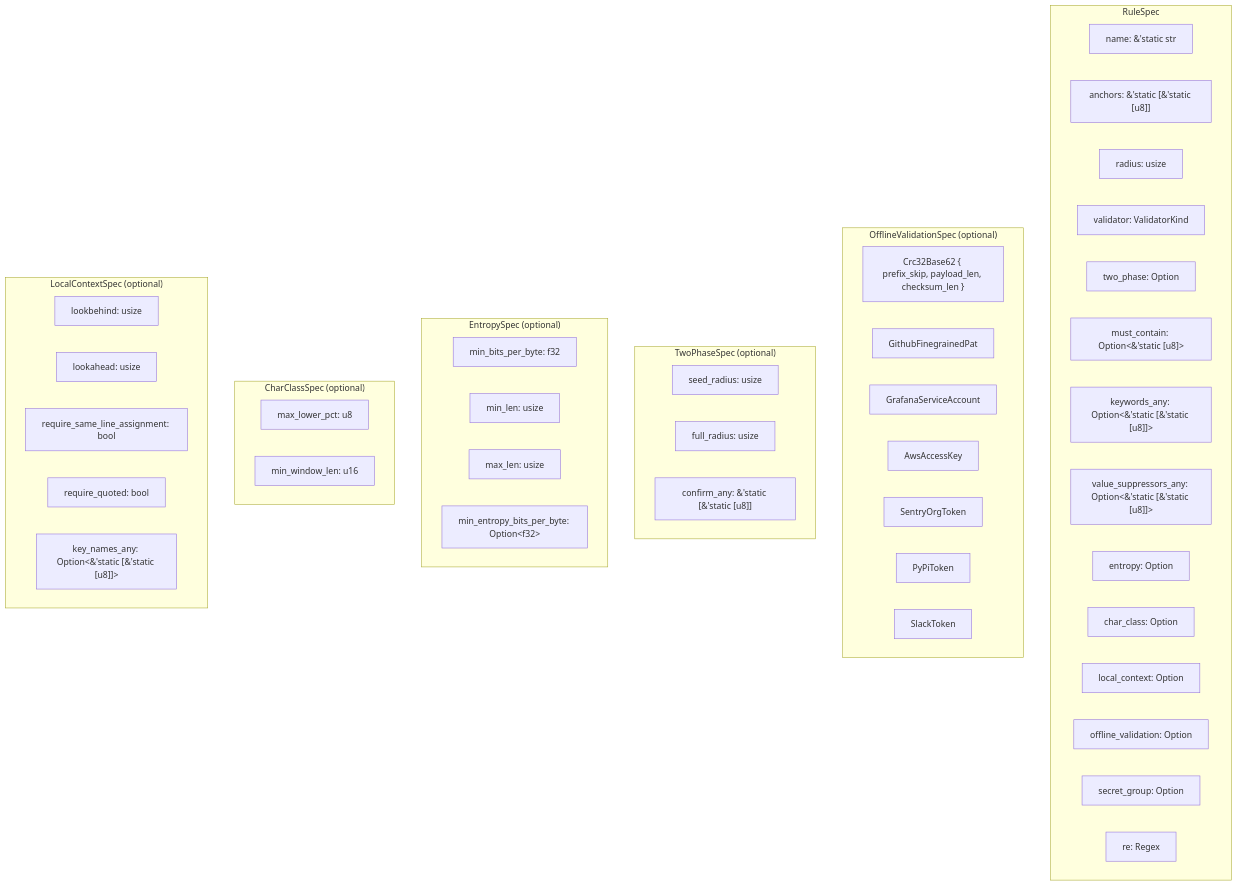
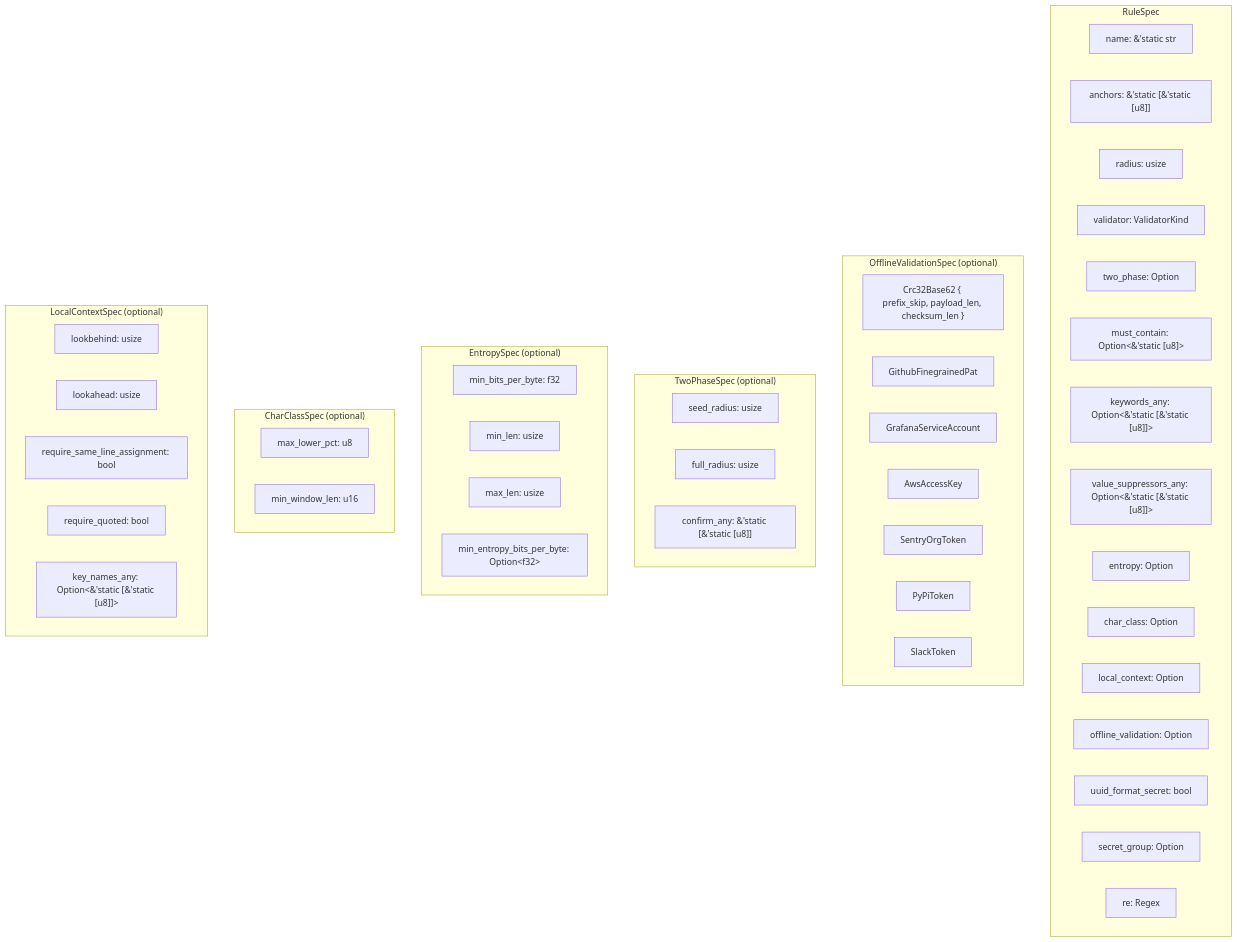
Before and after one commit to ahrav/scratch-scanner-rs: the second of 4 diagrams in docs/detection-rules.md, drawn with Mermaid. The commit also changed other lines of this file and 6 other files, not shown here.

````diff
--- a/docs/detection-rules.md
+++ b/docs/detection-rules.md
@@ -135,55 +136,56 @@
 ```mermaid
 graph TB
     subgraph RuleSpec["RuleSpec"]
         Name["name: &'static str"]
         Anchors["anchors: &'static [&'static [u8]]"]
         Radius["radius: usize"]
         Validator["validator: ValidatorKind"]
         TwoPhase["two_phase: Option<TwoPhaseSpec>"]
         MustContain["must_contain: Option<&'static [u8]>"]
         KeywordsAny["keywords_any: Option<&'static [&'static [u8]]>"]
         ValueSuppressorsAny["value_suppressors_any: Option<&'static [&'static [u8]]>"]
         Entropy["entropy: Option<EntropySpec>"]
         CharClass["char_class: Option<CharClassSpec>"]
         LocalContext["local_context: Option<LocalContextSpec>"]
         OfflineValidation["offline_validation: Option<OfflineValidationSpec>"]
+        UuidFormatSecret["uuid_format_secret: bool"]
         SecretGroup["secret_group: Option<u16>"]
         Regex["re: Regex"]
     end
 
     subgraph OfflineValidationSpec["OfflineValidationSpec (optional)"]
         OvCrc32["Crc32Base62 { prefix_skip, payload_len, checksum_len }"]
         OvGhPat["GithubFinegrainedPat"]
         OvGrafana["GrafanaServiceAccount"]
         OvAws["AwsAccessKey"]
         OvSentry["SentryOrgToken"]
         OvPyPi["PyPiToken"]
         OvSlack["SlackToken"]
     end
 
     subgraph TwoPhaseSpec["TwoPhaseSpec (optional)"]
         SeedRadius["seed_radius: usize"]
         FullRadius["full_radius: usize"]
         ConfirmAny["confirm_any: &'static [&'static [u8]]"]
     end
 
     subgraph EntropySpec["EntropySpec (optional)"]
         MinBpb["min_bits_per_byte: f32"]
         MinLen["min_len: usize"]
         MaxLen["max_len: usize"]
         MinEntropyBpb["min_entropy_bits_per_byte: Option&lt;f32&gt;"]
     end
 
     subgraph CharClassSpec["CharClassSpec (optional)"]
         MaxLowerPct["max_lower_pct: u8"]
         MinWindowLen["min_window_len: u16"]
     end
 
     subgraph LocalContextSpec["LocalContextSpec (optional)"]
         Lookbehind["lookbehind: usize"]
         Lookahead["lookahead: usize"]
         SameLine["require_same_line_assignment: bool"]
         Quoted["require_quoted: bool"]
         KeyNames["key_names_any: Option<&'static [&'static [u8]]>"]
     end
 ```
````
